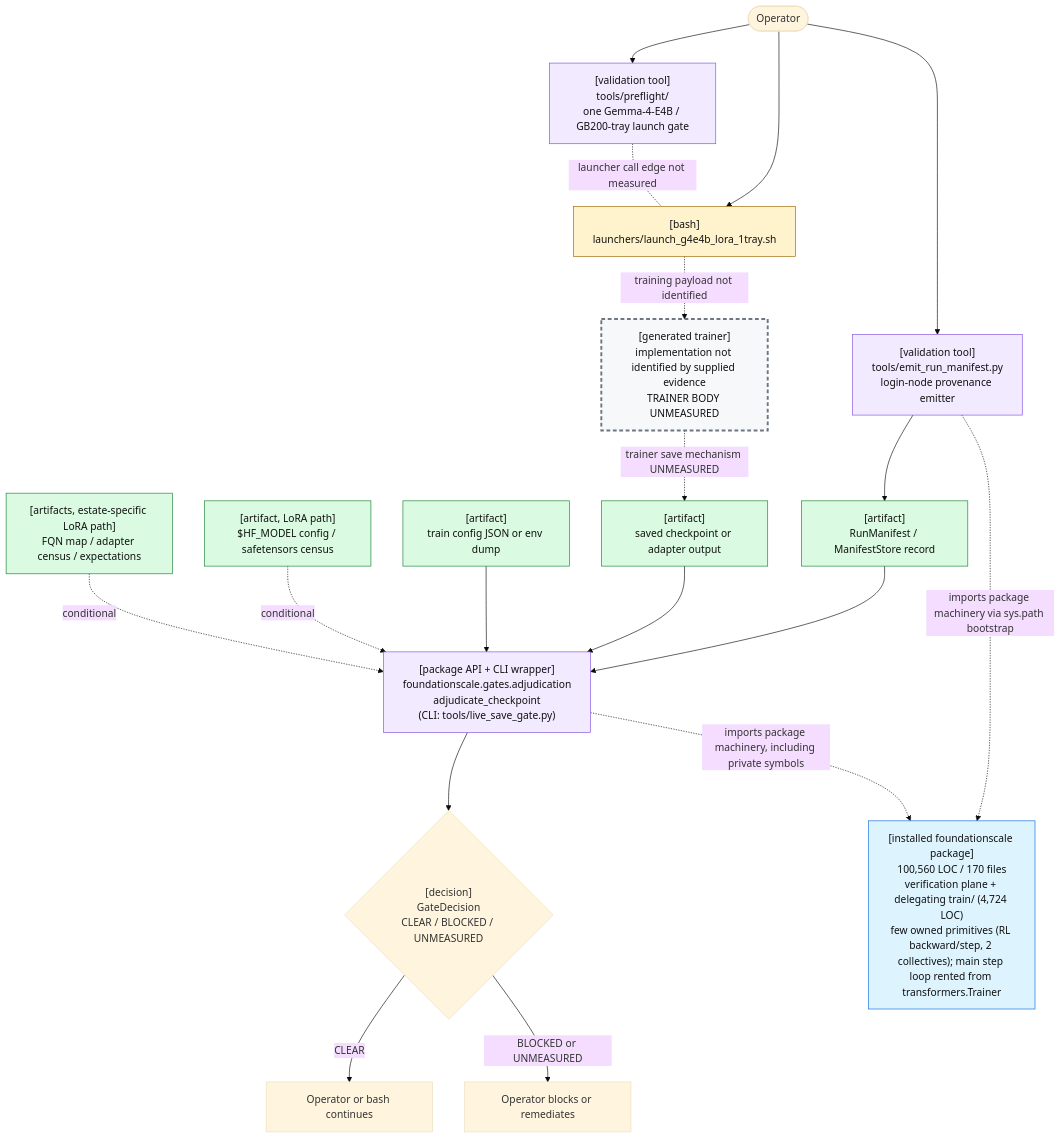
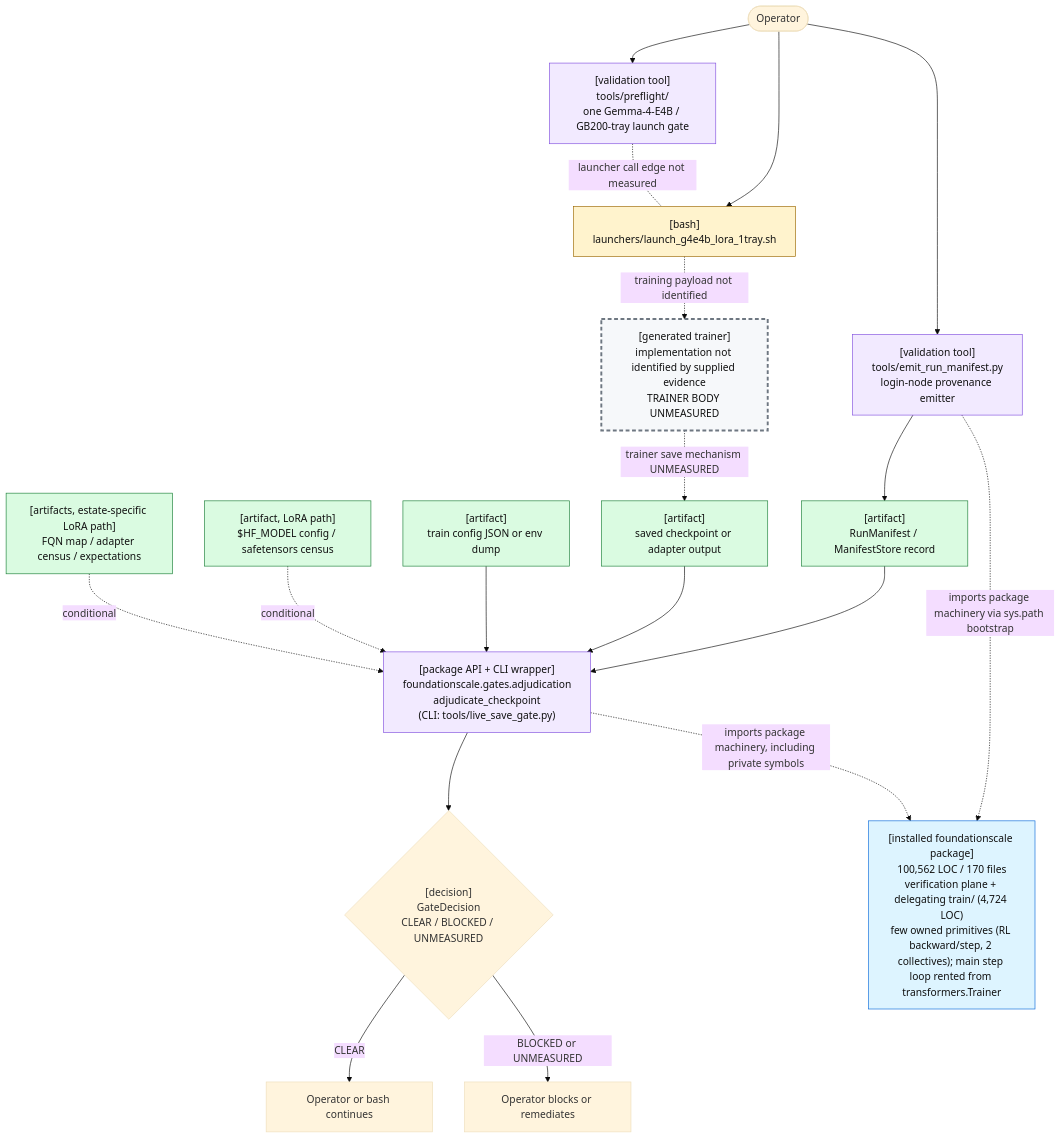
One commit to TranNhiem/FoundationScale changed the first of 2 diagrams in docs/review/D2_current_architecture.md. Above: the diagram before and after it, drawn with Mermaid (base theme). The commit also changed other lines of this file and 10 other files, not shown here.

````diff
--- a/docs/review/D2_current_architecture.md
+++ b/docs/review/D2_current_architecture.md
@@ -25,59 +25,59 @@
 ```mermaid
 flowchart TB
   O(["Operator"])
 
   PF["[validation tool]<br/>tools/preflight/<br/>one Gemma-4-E4B / GB200-tray launch gate"]
   L["[bash]<br/>launchers/launch_g4e4b_lora_1tray.sh"]
 
   E["[validation tool]<br/>tools/emit_run_manifest.py<br/>login-node provenance emitter"]
   M["[artifact]<br/>RunManifest / ManifestStore record"]
 
   T["[generated trainer]<br/>implementation not identified by supplied evidence<br/>TRAINER BODY UNMEASURED"]
   C["[artifact]<br/>saved checkpoint or adapter output"]
 
   G["[package API + CLI wrapper]<br/>foundationscale.gates.adjudication<br/>adjudicate_checkpoint<br/>(CLI: tools/live_save_gate.py)"]
   CFG["[artifact]<br/>train config JSON or env dump"]
   BASE["[artifact, LoRA path]<br/>$HF_MODEL config / safetensors census"]
   CEN["[artifacts, estate-specific LoRA path]<br/>FQN map / adapter census / expectations"]
 
   D{"[decision]<br/>GateDecision<br/>CLEAR / BLOCKED / UNMEASURED"}
   OK["Operator or bash continues"]
   NO["Operator blocks or remediates"]
 
-  PKG["[installed foundationscale package]<br/>100,560 LOC / 170 files<br/>verification plane + delegating train/ (4,724 LOC)<br/>few owned primitives (RL backward/step, 2 collectives); main step loop rented from transformers.Trainer"]
+  PKG["[installed foundationscale package]<br/>100,562 LOC / 170 files<br/>verification plane + delegating train/ (4,724 LOC)<br/>few owned primitives (RL backward/step, 2 collectives); main step loop rented from transformers.Trainer"]
 
   O --> PF
   O --> L
   PF -. "launcher call edge not measured" .- L
 
   O --> E
   E --> M
 
   L -. "training payload not identified" .-> T
   T -. "trainer save mechanism UNMEASURED" .-> C
 
   M --> G
   C --> G
   CFG --> G
   BASE -. "conditional" .-> G
   CEN -. "conditional" .-> G
 
   E -. "imports package machinery via sys.path bootstrap" .-> PKG
   G -. "imports package machinery, including private symbols" .-> PKG
 
   G --> D
   D -->|"CLEAR"| OK
   D -->|"BLOCKED or UNMEASURED"| NO
 
   classDef bash fill:#fff3cd,stroke:#9a6700,color:#111;
   classDef tool fill:#f2eaff,stroke:#8250df,color:#111;
   classDef artifact fill:#dafbe1,stroke:#1a7f37,color:#111;
   classDef gap fill:#f6f8fa,stroke:#6e7781,stroke-width:3px,stroke-dasharray: 6 4,color:#111;
   classDef pkg fill:#ddf4ff,stroke:#0969da,color:#111;
 
   class L bash;
   class PF,E,G tool;
   class M,C,CFG,BASE,CEN artifact;
   class T gap;
   class PKG pkg;
 ```
````
